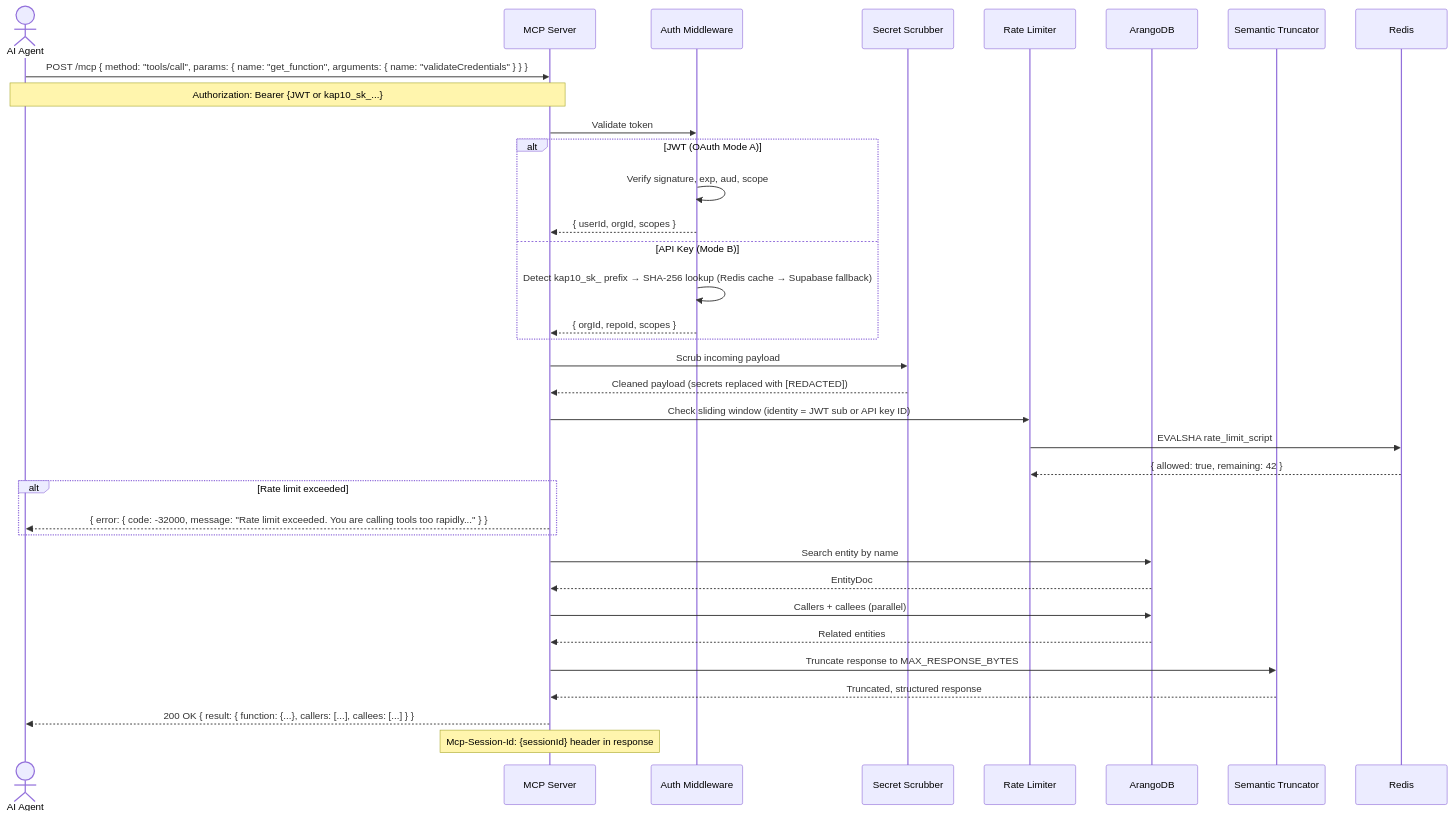
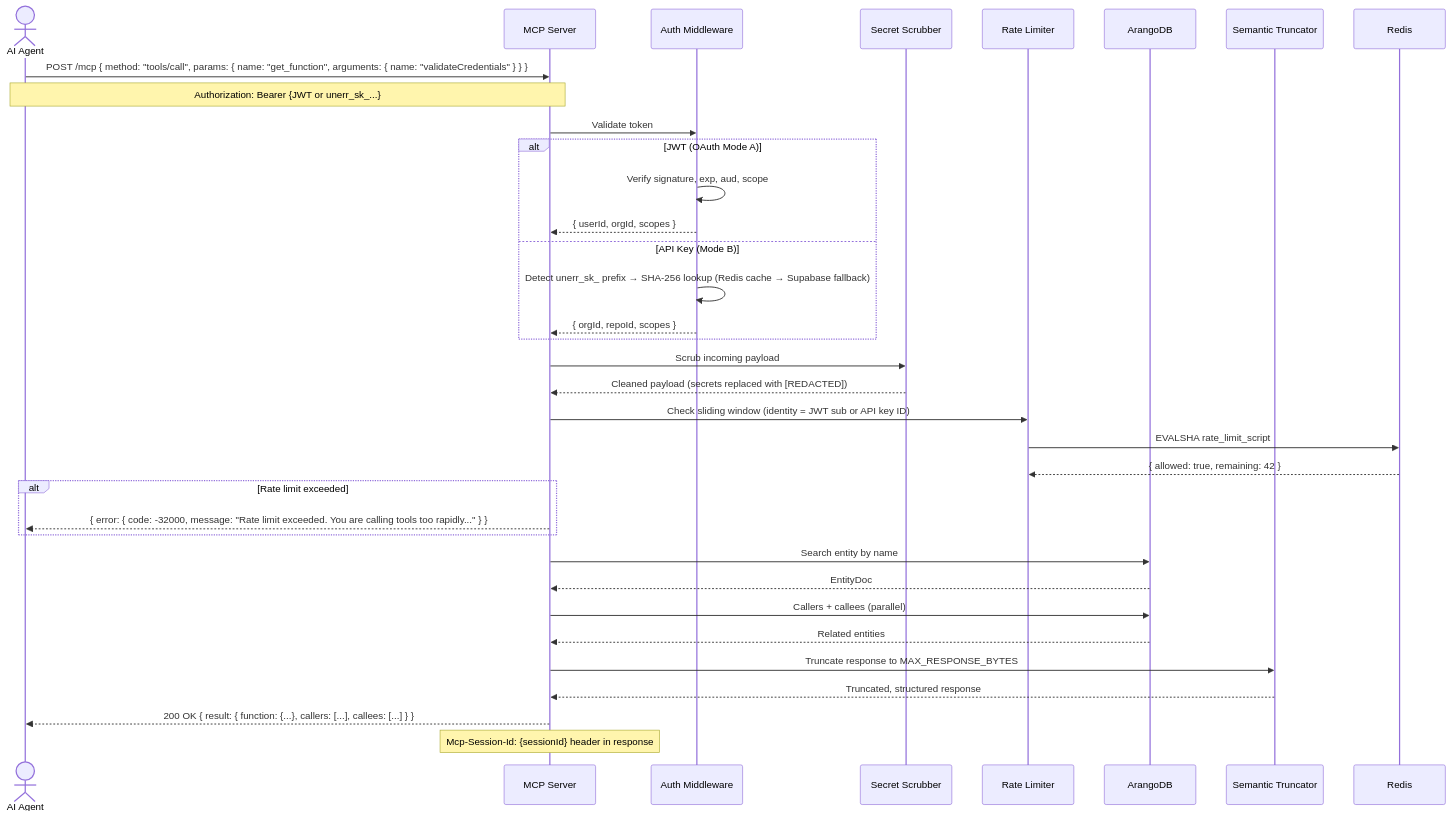
Before and after one commit to AutoRail-AI/kap10-server: the third of 5 diagrams in docs/architecture/PHASE_2_HOSTED_MCP_SERVER.md, drawn with Mermaid. The commit also changed other lines of this file and 157 other files, not shown here.

````diff
--- a/docs/architecture/PHASE_2_HOSTED_MCP_SERVER.md
+++ b/docs/architecture/PHASE_2_HOSTED_MCP_SERVER.md
@@ -279,44 +279,44 @@
 ```mermaid
 sequenceDiagram
     actor Agent as AI Agent
     participant MCP as MCP Server
     participant Auth as Auth Middleware
     participant Scrubber as Secret Scrubber
     participant RateLimit as Rate Limiter
     participant ArangoDB
     participant Formatter as Semantic Truncator
 
     Agent->>MCP: POST /mcp { method: "tools/call", params: { name: "get_function", arguments: { name: "validateCredentials" } } }
-    Note over Agent,MCP: Authorization: Bearer {JWT or kap10_sk_...}
+    Note over Agent,MCP: Authorization: Bearer {JWT or unerr_sk_...}
 
     MCP->>Auth: Validate token
     alt JWT (OAuth Mode A)
         Auth->>Auth: Verify signature, exp, aud, scope
         Auth-->>MCP: { userId, orgId, scopes }
     else API Key (Mode B)
-        Auth->>Auth: Detect kap10_sk_ prefix → SHA-256 lookup (Redis cache → Supabase fallback)
+        Auth->>Auth: Detect unerr_sk_ prefix → SHA-256 lookup (Redis cache → Supabase fallback)
         Auth-->>MCP: { orgId, repoId, scopes }
     end
 
     MCP->>Scrubber: Scrub incoming payload
     Scrubber-->>MCP: Cleaned payload (secrets replaced with [REDACTED])
 
     MCP->>RateLimit: Check sliding window (identity = JWT sub or API key ID)
     RateLimit->>Redis: EVALSHA rate_limit_script
     Redis-->>RateLimit: { allowed: true, remaining: 42 }
 
     alt Rate limit exceeded
         MCP-->>Agent: { error: { code: -32000, message: "Rate limit exceeded. You are calling tools too rapidly..." } }
     end
 
     MCP->>ArangoDB: Search entity by name
     ArangoDB-->>MCP: EntityDoc
     MCP->>ArangoDB: Callers + callees (parallel)
     ArangoDB-->>MCP: Related entities
 
     MCP->>Formatter: Truncate response to MAX_RESPONSE_BYTES
     Formatter-->>MCP: Truncated, structured response
 
     MCP-->>Agent: 200 OK { result: { function: {...}, callers: [...], callees: [...] } }
     Note over MCP: Mcp-Session-Id: {sessionId} header in response
 ```
````
